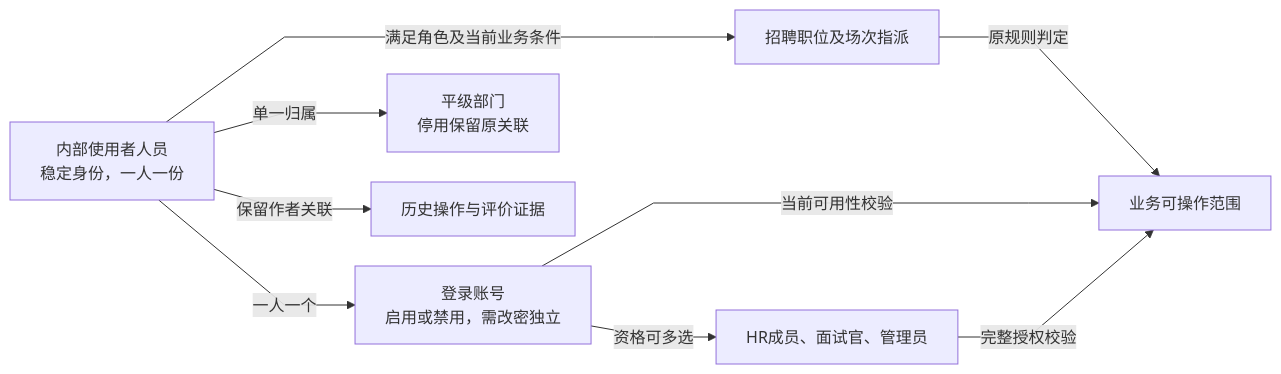
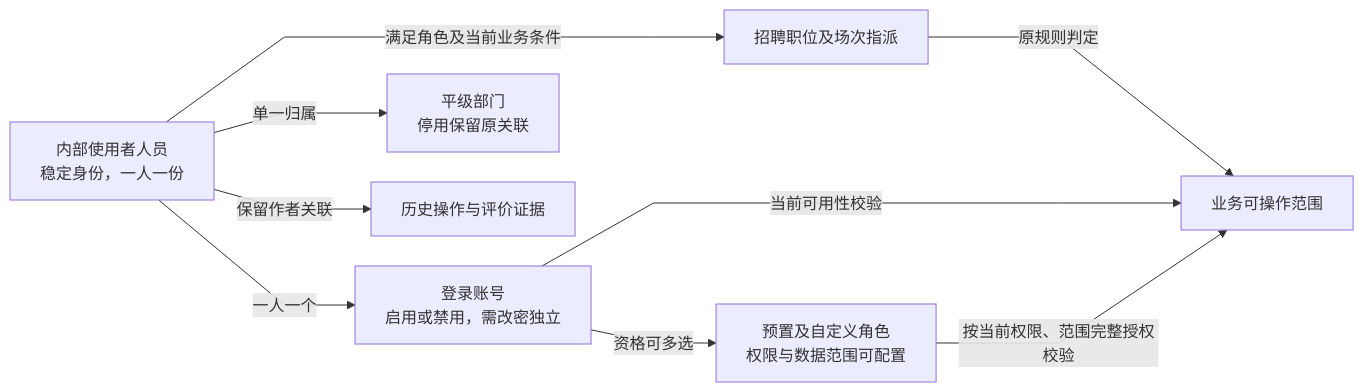
The diagram in docs/output/基础资料管理PRD.md (leidaibo-lab/pm-hrm), drawn with Mermaid before and after one commit. The commit also changed other lines of this file and 30 other files, not shown here.

````diff
--- a/docs/output/基础资料管理PRD.md
+++ b/docs/output/基础资料管理PRD.md
@@ -60,12 +87,12 @@
 ```mermaid
 %%{init: {"flowchart":{"curve":"linear","nodeSpacing":30,"rankSpacing":45,"diagramPadding":16,"wrappingWidth":200},"sequence":{"mirrorActors":false,"actorMargin":45,"messageMargin":30,"noteMargin":12,"wrap":false},"er":{"diagramPadding":16,"minEntityWidth":130,"minEntityHeight":45}}}%%
 flowchart LR
     Person["内部使用者人员<br/>稳定身份，一人一份"] -->|一人一个| Account["登录账号<br/>启用或禁用，需改密独立"]
     Person -->|单一归属| Department["平级部门<br/>停用保留原关联"]
-    Account -->|资格可多选| Roles["HR成员、面试官、管理员"]
+    Account -->|资格可多选| Roles["预置及自定义角色<br/>权限与数据范围可配置"]
     Person -->|满足角色及当前业务条件| Assignment["招聘职位及场次指派"]
     Assignment -->|原规则判定| Operation["业务可操作范围"]
     Account -->|当前可用性校验| Operation
-    Roles -->|完整授权校验| Operation
+    Roles -->|按当前权限、范围完整授权校验| Operation
     Person -->|保留作者关联| History["历史操作与评价证据"]
 ```
````
